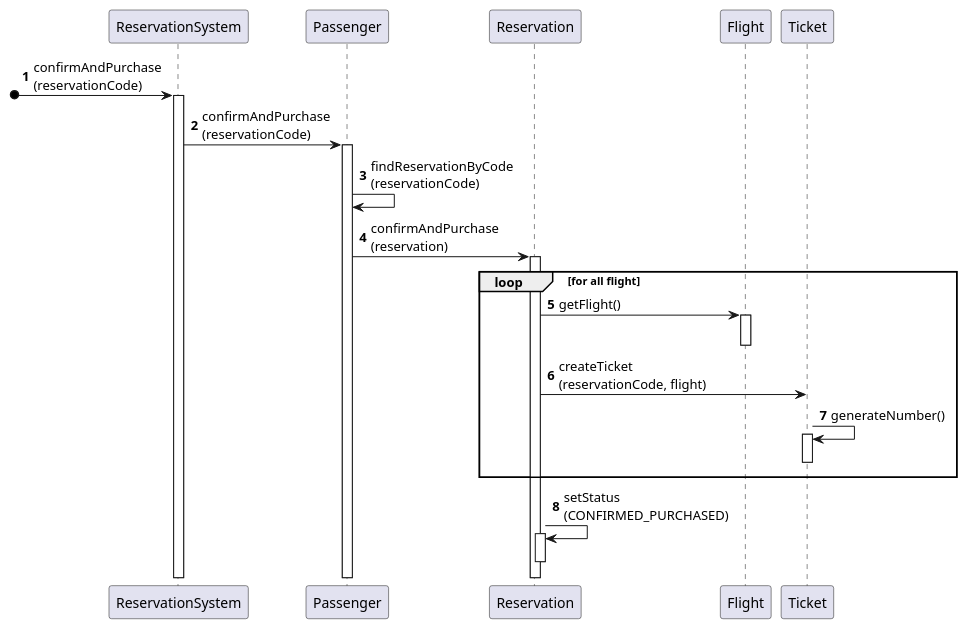
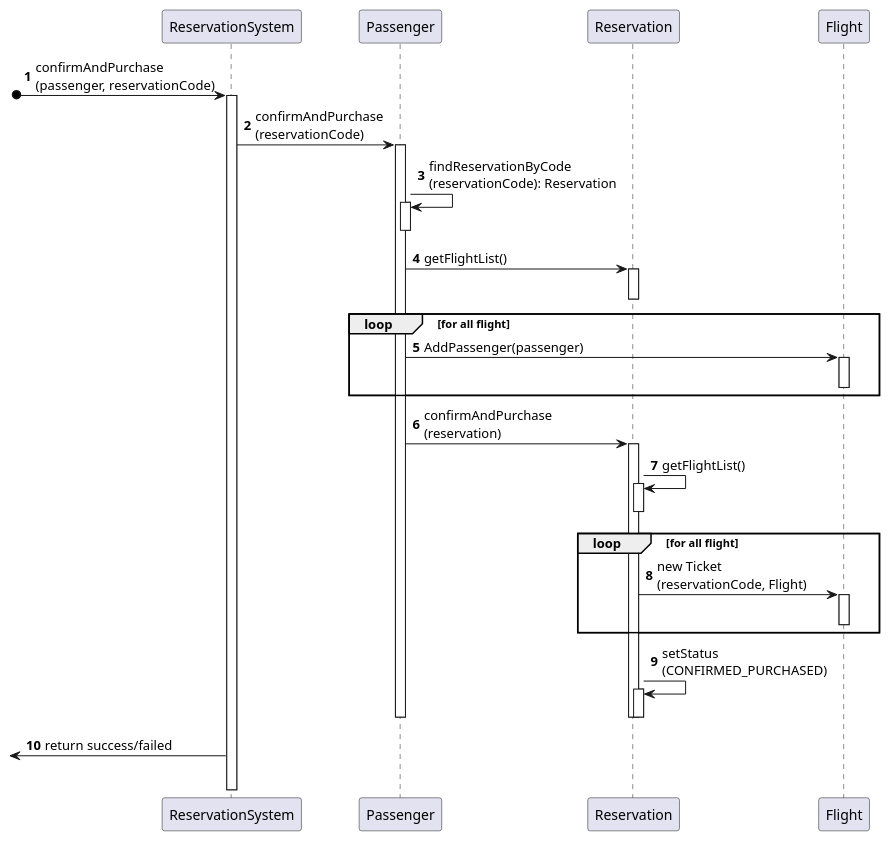
The diagram in diagrams/plantuml/3-15-sequence-diagram.md (Ochirgarid/mpp-project), drawn with PlantUML before and after one commit. The commit also changed 12 other files, not shown here.

Commit message:
4 sequence diagrams update

````diff
--- a/diagrams/plantuml/3-15-sequence-diagram.md
+++ b/diagrams/plantuml/3-15-sequence-diagram.md
@@ -1,29 +1,47 @@
 ```plantuml
 @startuml
 
 autonumber
 
-[o->ReservationSystem: confirmAndPurchase\n(reservationCode)
+[o->ReservationSystem: confirmAndPurchase\n(passenger, reservationCode)
 activate ReservationSystem
 ReservationSystem -> Passenger: confirmAndPurchase\n(reservationCode)
 activate Passenger
-Passenger -> Passenger:findReservationByCode\n(reservationCode)
+Passenger -> Passenger:findReservationByCode\n(reservationCode): Reservation
+activate Passenger
+deactivate Passenger
+
+Passenger -> Reservation: getFlightList()
+activate Reservation
+deactivate Reservation
+
+loop for all flight
+    Passenger -> Flight: AddPassenger(passenger)
+    activate Flight
+    deactivate Flight
+end
+
+
 Passenger -> Reservation: confirmAndPurchase\n(reservation)
 activate Reservation
+Reservation -> Reservation: getFlightList()
+activate Reservation
+deactivate Reservation
 loop for all flight
-    Reservation -> Flight: getFlight()
+    Reservation -> Flight: new Ticket\n(reservationCode, Flight)
     activate Flight
     deactivate Flight
-    Reservation -> Ticket: createTicket\n(reservationCode, flight)
-    Ticket -> Ticket: generateNumber()
-    activate Ticket
-    deactivate Ticket
 end
 
 Reservation -> Reservation: setStatus\n(CONFIRMED_PURCHASED)
 activate Reservation
 deactivate Reservation
+deactivate Reservation
+deactivate Passenger
+
+[<-ReservationSystem: return success/failed
+|||
 
 
 @enduml
 ```
````
